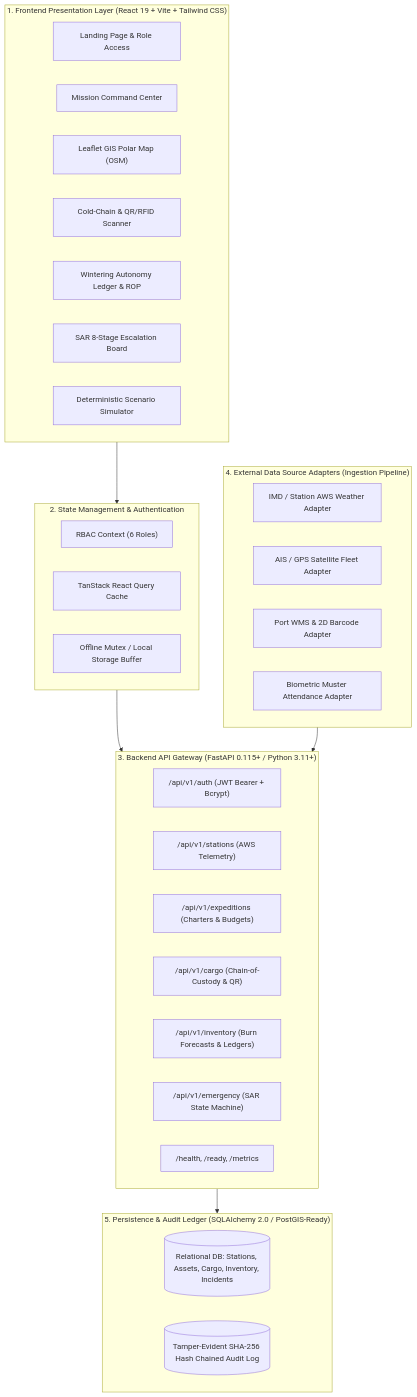
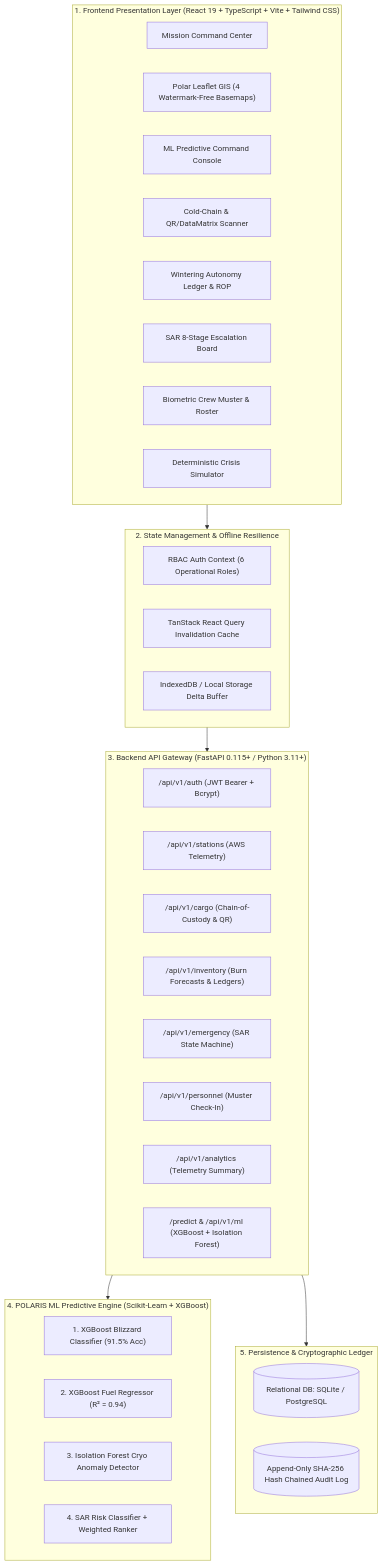
The diagram in README.md (Himarghya/SIH26062), drawn with Mermaid before and after one commit. The commit also changed other lines of this file, not shown here.

Commit message:
docs: enrich README with ML engine specs, GIS multi-basemap guide, IndARC observatory, and evaluator demo flow

````diff
--- a/README.md
+++ b/README.md
@@ -11,45 +28,47 @@
 ```mermaid
 graph TD
-    subgraph UI_Layer ["1. Frontend Presentation Layer (React 19 + Vite + Tailwind CSS)"]
-        Landing["Landing Page & Role Access"]
+    subgraph UI_Layer ["1. Frontend Presentation Layer (React 19 + TypeScript + Vite + Tailwind CSS)"]
         Dash["Mission Command Center"]
-        GIS["Leaflet GIS Polar Map (OSM)"]
-        CargoUI["Cold-Chain & QR/RFID Scanner"]
+        GIS["Polar Leaflet GIS (4 Watermark-Free Basemaps)"]
+        MLConsole["ML Predictive Command Console"]
+        CargoUI["Cold-Chain & QR/DataMatrix Scanner"]
         InvUI["Wintering Autonomy Ledger & ROP"]
         SarUI["SAR 8-Stage Escalation Board"]
-        SimUI["Deterministic Scenario Simulator"]
+        PersonnelUI["Biometric Crew Muster & Roster"]
+        SimUI["Deterministic Crisis Simulator"]
     end
 
-    subgraph State_Security ["2. State Management & Authentication"]
-        AuthCtx["RBAC Context (6 Roles)"]
-        QueryClient["TanStack React Query Cache"]
-        OfflineQueue["Offline Mutex / Local Storage Buffer"]
+    subgraph State_Security ["2. State Management & Offline Resilience"]
+        AuthCtx["RBAC Auth Context (6 Operational Roles)"]
+        QueryClient["TanStack React Query Invalidation Cache"]
+        OfflineQueue["IndexedDB / Local Storage Delta Buffer"]
     end
 
     subgraph API_Layer ["3. Backend API Gateway (FastAPI 0.115+ / Python 3.11+)"]
         AuthAPI["/api/v1/auth (JWT Bearer + Bcrypt)"]
         StationAPI["/api/v1/stations (AWS Telemetry)"]
-        ExpeditionAPI["/api/v1/expeditions (Charters & Budgets)"]
         CargoAPI["/api/v1/cargo (Chain-of-Custody & QR)"]
         InvAPI["/api/v1/inventory (Burn Forecasts & Ledgers)"]
         EmergencyAPI["/api/v1/emergency (SAR State Machine)"]
-        DiagAPI["/health, /ready, /metrics"]
+        PersonnelAPI["/api/v1/personnel (Muster Check-In)"]
+        AnalyticsAPI["/api/v1/analytics (Telemetry Summary)"]
+        MLAPI["/predict & /api/v1/ml (XGBoost + Isolation Forest)"]
     end
 
-    subgraph Adapter_Pipeline ["4. External Data Source Adapters (Ingestion Pipeline)"]
-        IMDAdapter["IMD / Station AWS Weather Adapter"]
-        AISAdapter["AIS / GPS Satellite Fleet Adapter"]
-        WMSAdapter["Port WMS & 2D Barcode Adapter"]
-        BioAdapter["Biometric Muster Attendance Adapter"]
+    subgraph ML_Engine ["4. POLARIS ML Predictive Engine (Scikit-Learn + XGBoost)"]
+        BlizzardMdl["1. XGBoost Blizzard Classifier (91.5% Acc)"]
+        FuelMdl["2. XGBoost Fuel Regressor (R² = 0.94)"]
+        CryoMdl["3. Isolation Forest Cryo Anomaly Detector"]
+        SARMdl["4. SAR Risk Classifier + Weighted Ranker"]
     end
 
-    subgraph Database_Layer ["5. Persistence & Audit Ledger (SQLAlchemy 2.0 / PostGIS-Ready)"]
-        PostgresDB[("Relational DB: Stations, Assets, Cargo, Inventory, Incidents")]
-        AuditChain[("Tamper-Evident SHA-256 Hash Chained Audit Log")]
+    subgraph Database_Layer ["5. Persistence & Cryptographic Ledger"]
+        RelationalDB[("Relational DB: SQLite / PostgreSQL")]
+        AuditChain[("Append-Only SHA-256 Hash Chained Audit Log")]
     end
 
     UI_Layer --> State_Security
     State_Security --> API_Layer
-    Adapter_Pipeline --> API_Layer
+    API_Layer --> ML_Engine
     API_Layer --> Database_Layer
 ```
````
